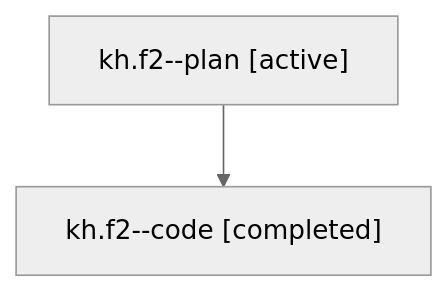
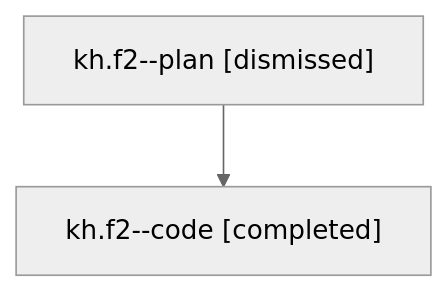
One commit to sase-org/sase--agents changed the diagram in sessions/bbugyi200.athena.kh.f2.md. Above: the diagram before and after it, drawn with Mermaid (neutral theme). The commit also changed other lines of this file and 48 other files, not shown here.

````diff
--- a/sessions/bbugyi200.athena.kh.f2.md
+++ b/sessions/bbugyi200.athena.kh.f2.md
@@ -9,6 +9,6 @@
 ```mermaid
 flowchart TD
-  n0["kh.f2--plan [active]"]
+  n0["kh.f2--plan [dismissed]"]
   n1["kh.f2--code [completed]"]
   n0 --> n1
 ```
````
